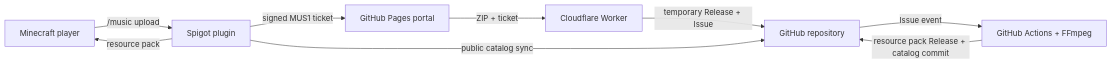
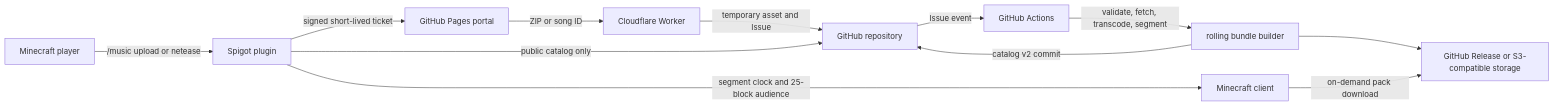
The diagram in docs/ARCHITECTURE.md (YSKeLi/musicmc), drawn with Mermaid before and after one commit. The commit also changed other lines of this file and 74 other files, not shown here.

Commit message:
Release MusicMC 2.0 architecture

````diff
--- a/docs/ARCHITECTURE.md
+++ b/docs/ARCHITECTURE.md
@@ -7,11 +7,14 @@
 ```mermaid
 flowchart LR
-    Player["Minecraft player"] -->|/music upload| Plugin["Spigot plugin"]
-    Plugin -->|signed MUS1 ticket| Portal["GitHub Pages portal"]
-    Portal -->|ZIP + ticket| Worker["Cloudflare Worker"]
-    Worker -->|temporary Release + Issue| GitHub["GitHub repository"]
-    GitHub -->|Issue event| Actions["GitHub Actions + FFmpeg"]
-    Actions -->|resource pack Release + catalog commit| GitHub
-    Plugin -->|public catalog sync| GitHub
-    Plugin -->|resource pack| Player
+    Player["Minecraft player"] -->|"/music upload or netease"| Plugin["Spigot plugin"]
+    Plugin -->|"signed short-lived ticket"| Portal["GitHub Pages portal"]
+    Portal -->|"ZIP or song ID"| Worker["Cloudflare Worker"]
+    Worker -->|"temporary asset and Issue"| GitHub["GitHub repository"]
+    GitHub -->|"Issue event"| Actions["GitHub Actions"]
+    Actions -->|"validate, fetch, transcode, segment"| Bundler["rolling bundle builder"]
+    Bundler --> Storage["GitHub Release or S3-compatible storage"]
+    Bundler -->|"catalog v2 commit"| GitHub
+    Plugin -->|"public catalog only"| GitHub
+    Client["Minecraft client"] -->|"on-demand pack download"| Storage
+    Plugin -->|"segment clock and 25-block audience"| Client
 ```
````
